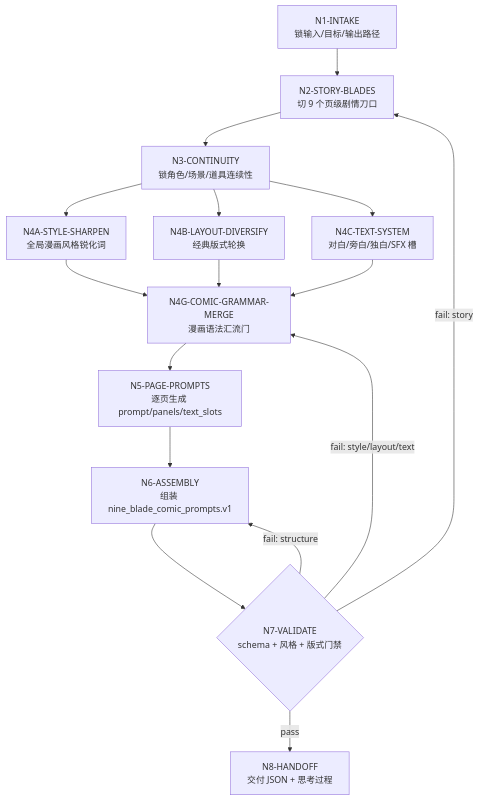
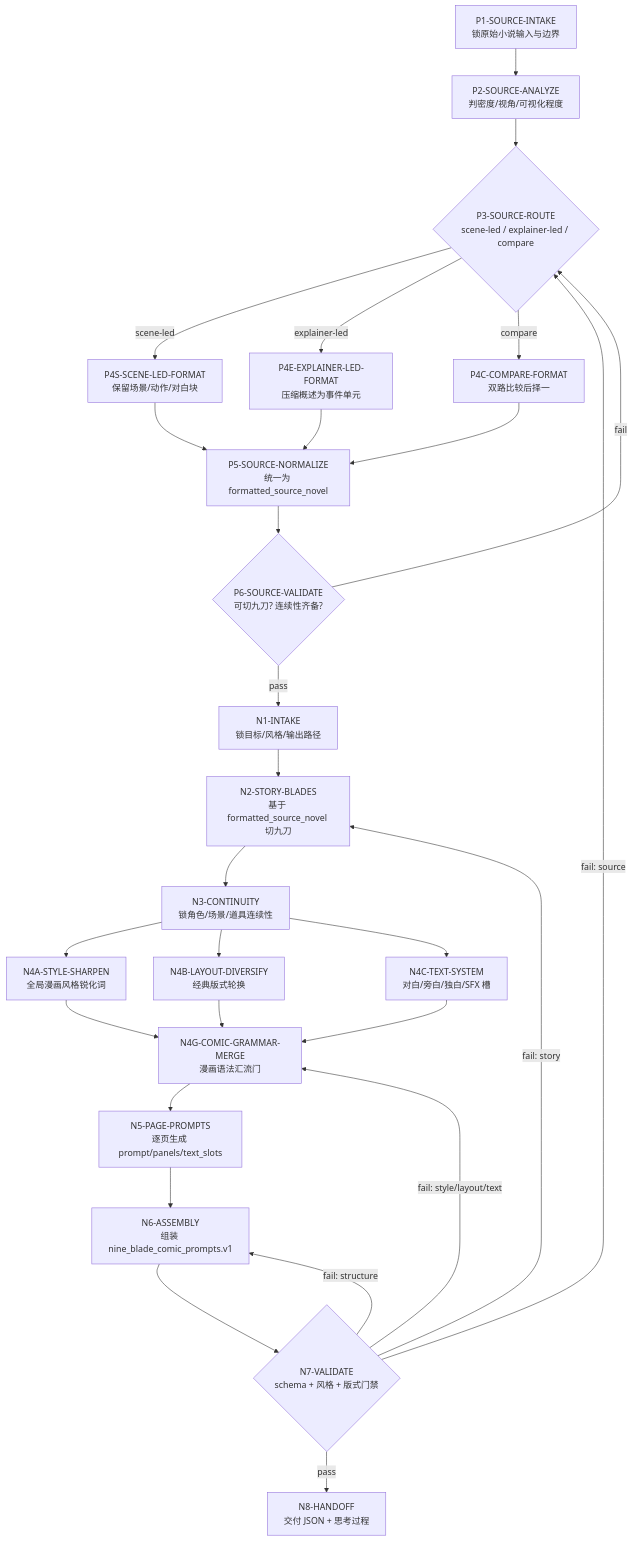
The first of 6 diagrams in .agents/skills/comic/2-九刀流漫画提示词/SKILL.md (ZEN-VOID/AI-CUT), drawn with Mermaid before and after one commit. The commit also changed other lines of this file and 41 other files, not shown here.

````diff
--- a/.agents/skills/comic/2-九刀流漫画提示词/SKILL.md
+++ b/.agents/skills/comic/2-九刀流漫画提示词/SKILL.md
@@ -72,18 +108,30 @@
 ```mermaid
 flowchart TD
-    A["N1-INTAKE<br/>锁输入/目标/输出路径"] --> B["N2-STORY-BLADES<br/>切 9 个页级剧情刀口"]
-    B --> C["N3-CONTINUITY<br/>锁角色/场景/道具连续性"]
-    C --> D1["N4A-STYLE-SHARPEN<br/>全局漫画风格锐化词"]
-    C --> D2["N4B-LAYOUT-DIVERSIFY<br/>经典版式轮换"]
-    C --> D3["N4C-TEXT-SYSTEM<br/>对白/旁白/独白/SFX 槽"]
-    D1 --> E["N4G-COMIC-GRAMMAR-MERGE<br/>漫画语法汇流门"]
+    A["P1-SOURCE-INTAKE<br/>锁原始小说输入与边界"] --> B["P2-SOURCE-ANALYZE<br/>判密度/视角/可视化程度"]
+    B --> C{"P3-SOURCE-ROUTE<br/>scene-led / explainer-led / compare"}
+    C -->|"scene-led"| D1["P4S-SCENE-LED-FORMAT<br/>保留场景/动作/对白块"]
+    C -->|"explainer-led"| D2["P4E-EXPLAINER-LED-FORMAT<br/>压缩概述为事件单元"]
+    C -->|"compare"| D3["P4C-COMPARE-FORMAT<br/>双路比较后择一"]
+    D1 --> E["P5-SOURCE-NORMALIZE<br/>统一为 formatted_source_novel"]
     D2 --> E
     D3 --> E
-    E --> F["N5-PAGE-PROMPTS<br/>逐页生成 prompt/panels/text_slots"]
-    F --> G["N6-ASSEMBLY<br/>组装 nine_blade_comic_prompts.v1"]
-    G --> H{"N7-VALIDATE<br/>schema + 风格 + 版式门禁"}
-    H -->|"pass"| I["N8-HANDOFF<br/>交付 JSON + 思考过程"]
-    H -->|"fail: story"| B
-    H -->|"fail: style/layout/text"| E
-    H -->|"fail: structure"| G
+    E --> F{"P6-SOURCE-VALIDATE<br/>可切九刀? 连续性齐备?"}
+    F -->|"pass"| G["N1-INTAKE<br/>锁目标/风格/输出路径"]
+    F -->|"fail"| C
+    G --> H["N2-STORY-BLADES<br/>基于 formatted_source_novel 切九刀"]
+    H --> I["N3-CONTINUITY<br/>锁角色/场景/道具连续性"]
+    I --> J1["N4A-STYLE-SHARPEN<br/>全局漫画风格锐化词"]
+    I --> J2["N4B-LAYOUT-DIVERSIFY<br/>经典版式轮换"]
+    I --> J3["N4C-TEXT-SYSTEM<br/>对白/旁白/独白/SFX 槽"]
+    J1 --> K["N4G-COMIC-GRAMMAR-MERGE<br/>漫画语法汇流门"]
+    J2 --> K
+    J3 --> K
+    K --> L["N5-PAGE-PROMPTS<br/>逐页生成 prompt/panels/text_slots"]
+    L --> M["N6-ASSEMBLY<br/>组装 nine_blade_comic_prompts.v1"]
+    M --> N{"N7-VALIDATE<br/>schema + 风格 + 版式门禁"}
+    N -->|"pass"| O["N8-HANDOFF<br/>交付 JSON + 思考过程"]
+    N -->|"fail: source"| C
+    N -->|"fail: story"| H
+    N -->|"fail: style/layout/text"| K
+    N -->|"fail: structure"| M
 ```
````
